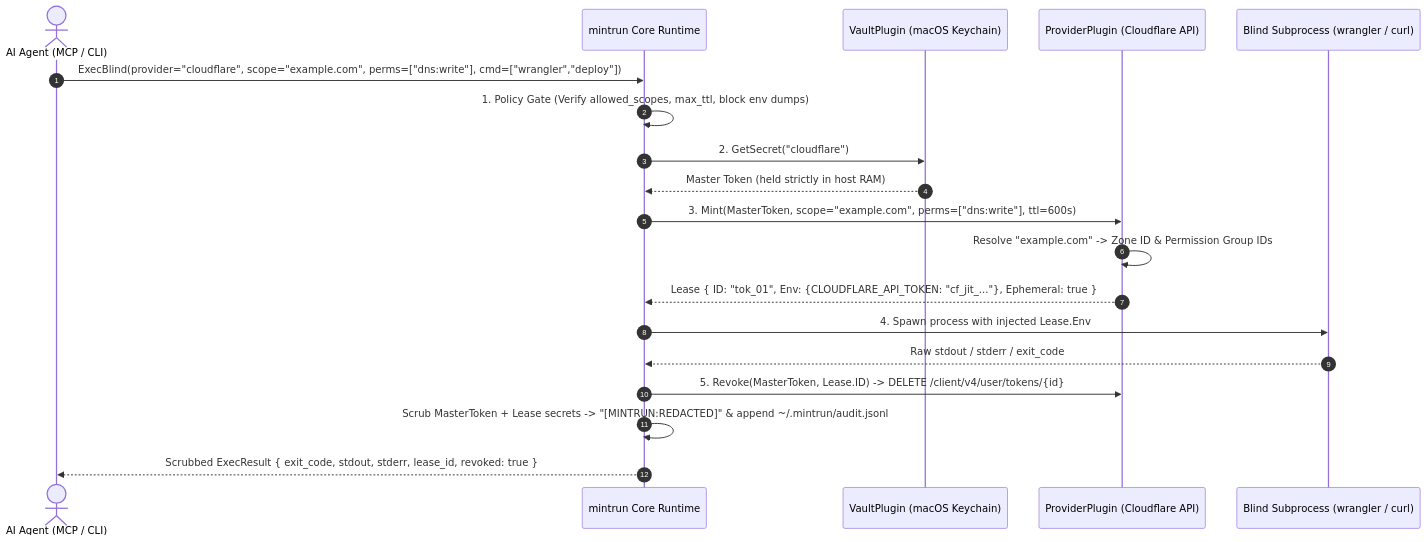
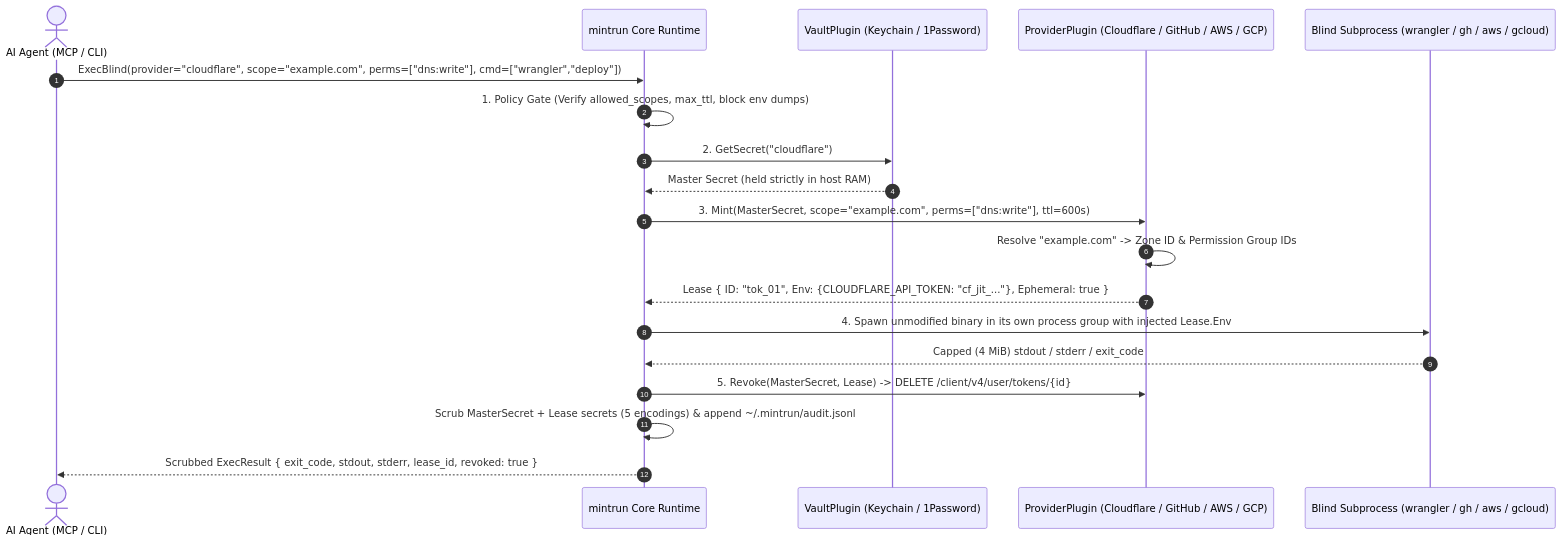
Before and after one commit to ninja-c9/mintrun: the diagram in README.md, drawn with Mermaid. The commit also changed other lines of this file and 3 other files, not shown here.

Commit message:
docs(readme): refresh README and SVG diagrams with multi-CLI examples and v0.8.0 metrics

````diff
--- a/README.md
+++ b/README.md
@@ -64,22 +73,22 @@
 ```mermaid
 sequenceDiagram
     autonumber
     actor Agent as AI Agent (MCP / CLI)
     participant Runtime as mintrun Core Runtime
-    participant Vault as VaultPlugin (macOS Keychain)
-    participant Provider as ProviderPlugin (Cloudflare API)
-    participant Child as Blind Subprocess (wrangler / curl)
+    participant Vault as VaultPlugin (Keychain / 1Password)
+    participant Provider as ProviderPlugin (Cloudflare / GitHub / AWS / GCP)
+    participant Child as Blind Subprocess (wrangler / gh / aws / gcloud)
 
     Agent->>Runtime: ExecBlind(provider="cloudflare", scope="example.com", perms=["dns:write"], cmd=["wrangler","deploy"])
     Runtime->>Runtime: 1. Policy Gate (Verify allowed_scopes, max_ttl, block env dumps)
     Runtime->>Vault: 2. GetSecret("cloudflare")
-    Vault-->>Runtime: Master Token (held strictly in host RAM)
-    Runtime->>Provider: 3. Mint(MasterToken, scope="example.com", perms=["dns:write"], ttl=600s)
+    Vault-->>Runtime: Master Secret (held strictly in host RAM)
+    Runtime->>Provider: 3. Mint(MasterSecret, scope="example.com", perms=["dns:write"], ttl=600s)
     Provider->>Provider: Resolve "example.com" -> Zone ID & Permission Group IDs
     Provider-->>Runtime: Lease { ID: "tok_01", Env: {CLOUDFLARE_API_TOKEN: "cf_jit_..."}, Ephemeral: true }
-    Runtime->>Child: 4. Spawn process with injected Lease.Env
-    Child-->>Runtime: Raw stdout / stderr / exit_code
-    Runtime->>Provider: 5. Revoke(MasterToken, Lease.ID) -> DELETE /client/v4/user/tokens/{id}
-    Runtime->>Runtime: Scrub MasterToken + Lease secrets -> "[MINTRUN:REDACTED]" & append ~/.mintrun/audit.jsonl
+    Runtime->>Child: 4. Spawn unmodified binary in its own process group with injected Lease.Env
+    Child-->>Runtime: Capped (4 MiB) stdout / stderr / exit_code
+    Runtime->>Provider: 5. Revoke(MasterSecret, Lease) -> DELETE /client/v4/user/tokens/{id}
+    Runtime->>Runtime: Scrub MasterSecret + Lease secrets (5 encodings) & append ~/.mintrun/audit.jsonl
     Runtime-->>Agent: Scrubbed ExecResult { exit_code, stdout, stderr, lease_id, revoked: true }
 ```
````
